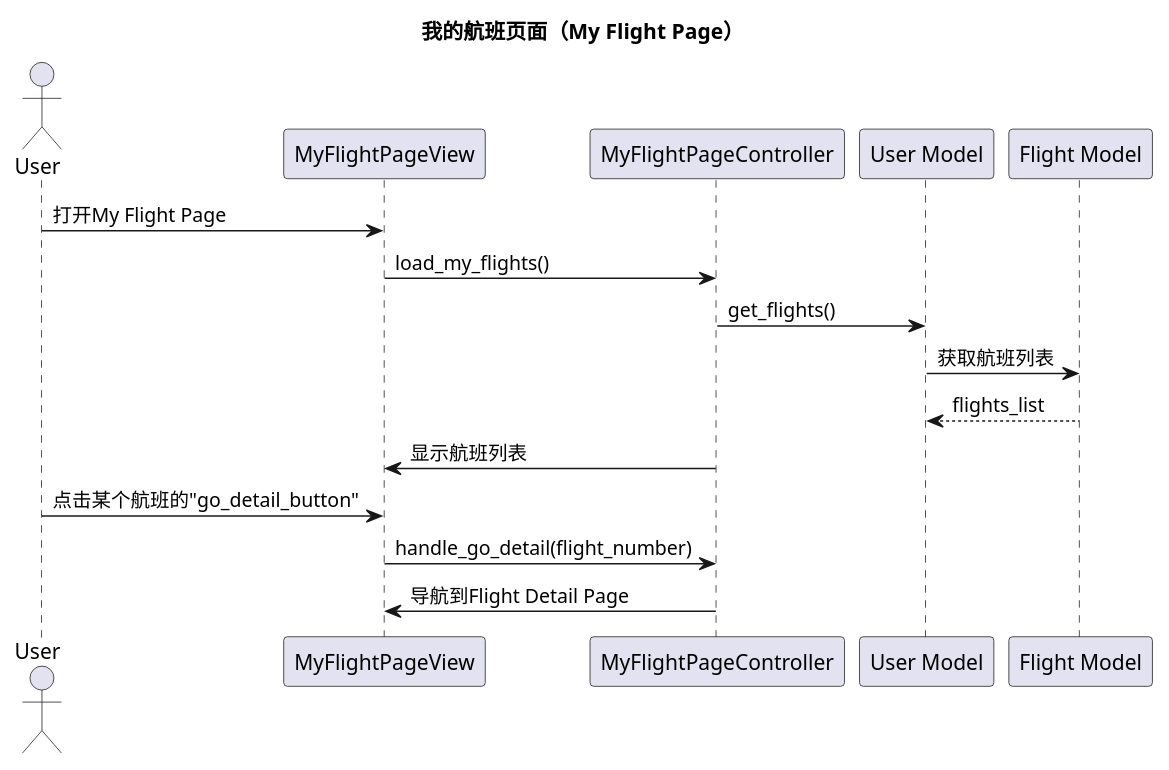
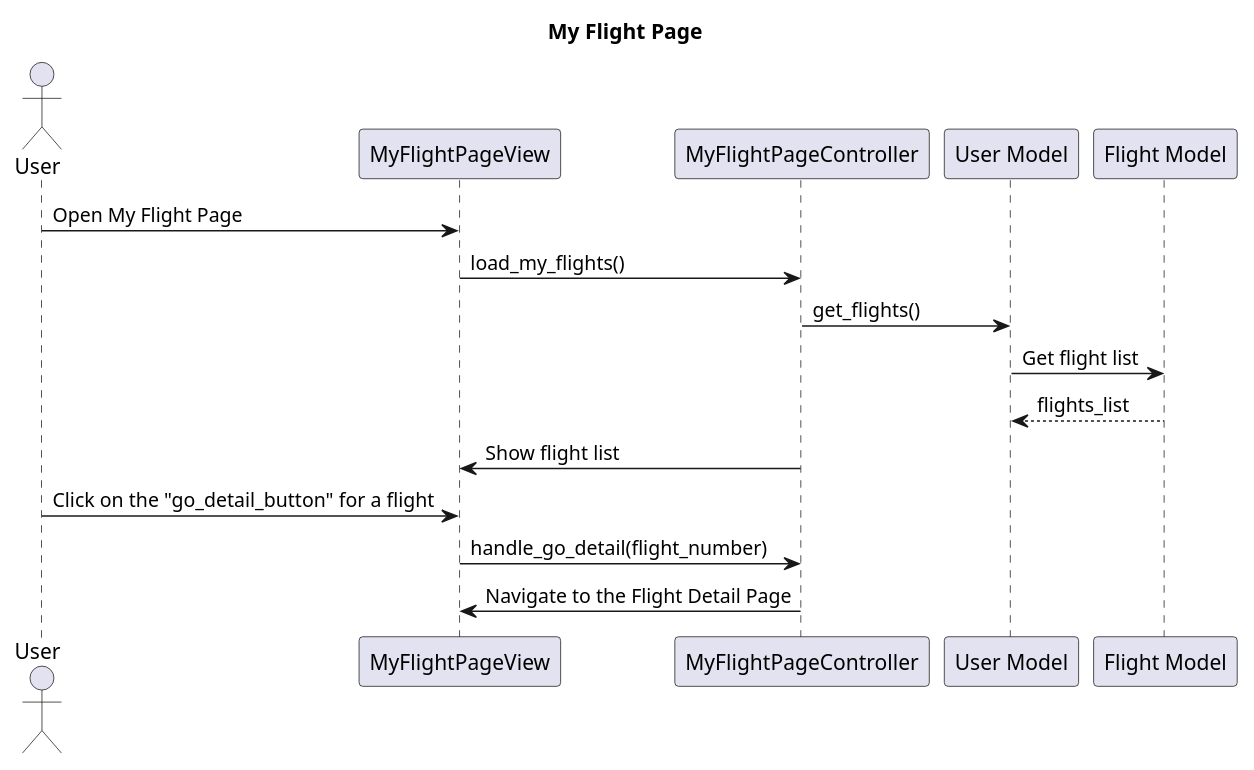
One commit to violeteye1234/group23_COMPS350F changed diagram 12 of 16 in planning/class_diagrams.md. Above: the diagram before and after it, drawn with PlantUML. The commit also changed other lines of this file, not shown here.

````diff
--- a/planning/class_diagrams.md
+++ b/planning/class_diagrams.md
@@ -365,21 +365,21 @@
 ```plantuml
 @startuml
-title 我的航班页面（My Flight Page）
+title My Flight Page
 
 actor User
 participant "MyFlightPageView" as View
 participant "MyFlightPageController" as Controller
 participant "User Model" as UserModel
 participant "Flight Model" as FlightModel
 
-User -> View: 打开My Flight Page
+User -> View: Open My Flight Page
 View -> Controller: load_my_flights()
 Controller -> UserModel: get_flights()
-UserModel -> FlightModel: 获取航班列表
+UserModel -> FlightModel: Get flight list
 FlightModel --> UserModel: flights_list
-Controller -> View: 显示航班列表
-User -> View: 点击某个航班的"go_detail_button"
+Controller -> View: Show flight list
+User -> View: Click on the "go_detail_button" for a flight
 View -> Controller: handle_go_detail(flight_number)
-Controller -> View: 导航到Flight Detail Page
+Controller -> View: Navigate to the Flight Detail Page
 @enduml
 ```
````
